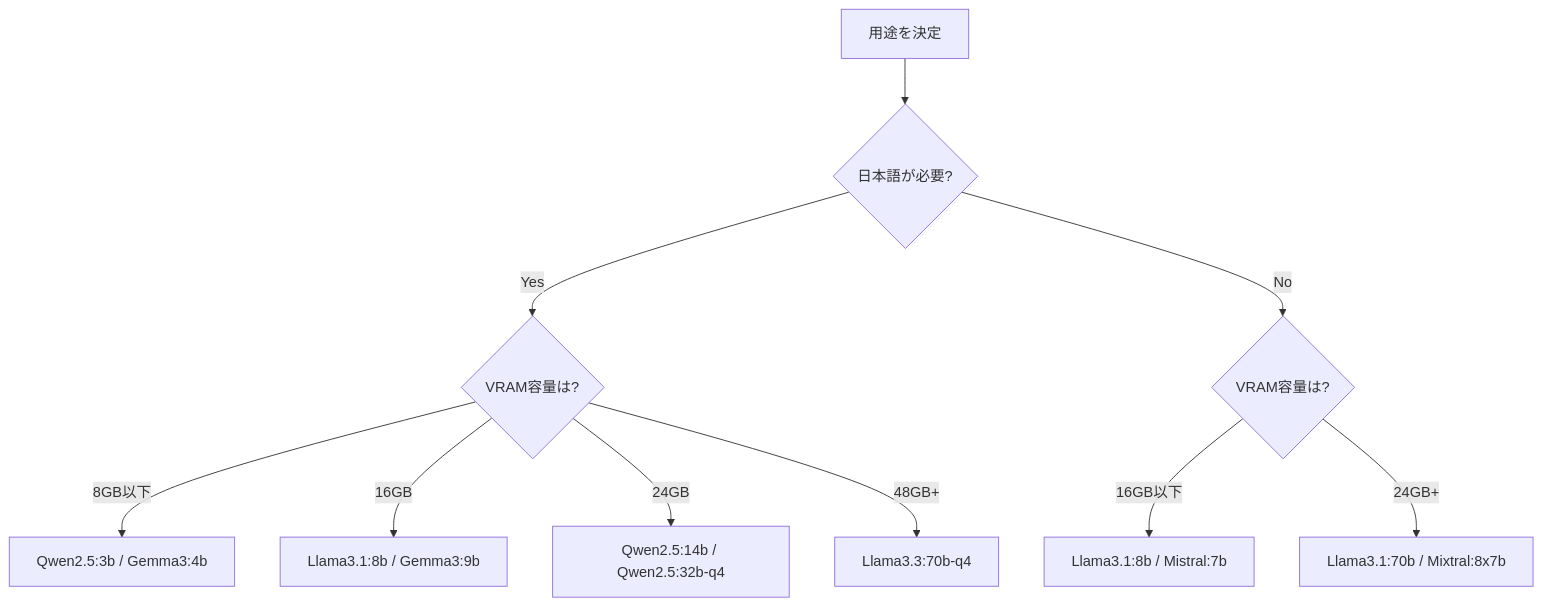
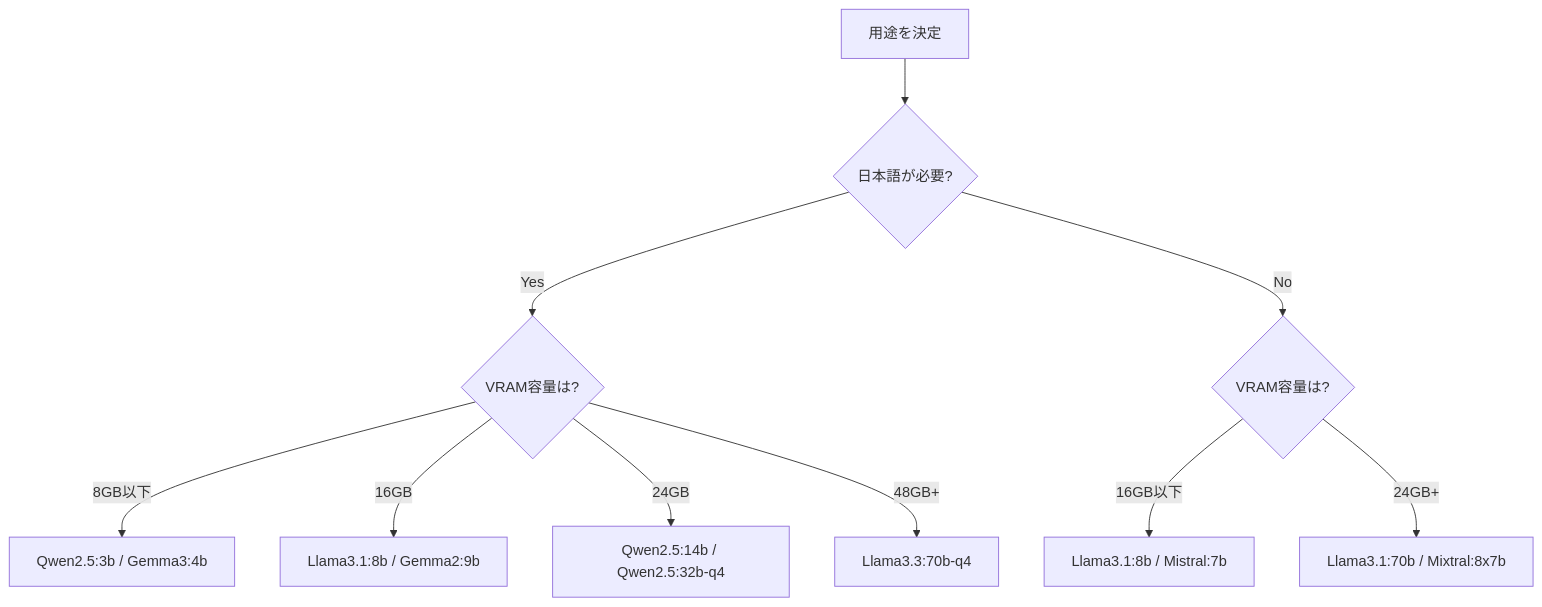
The second of 3 diagrams in articles/96b758789bcc95.md (0h-n0/zenn-contents), drawn with Mermaid before and after one commit. The commit also changed other lines of this file, not shown here.

````diff
--- a/articles/96b758789bcc95.md
+++ b/articles/96b758789bcc95.md
@@ -483,12 +486,12 @@
 ```mermaid
 flowchart TD
     Start[用途を決定] --> Q1{日本語が必要?}
     Q1 -->|Yes| Q2{VRAM容量は?}
     Q1 -->|No| Q3{VRAM容量は?}
     Q2 -->|8GB以下| M1[Qwen2.5:3b / Gemma3:4b]
-    Q2 -->|16GB| M2[Llama3.1:8b / Gemma3:9b]
+    Q2 -->|16GB| M2[Llama3.1:8b / Gemma2:9b]
     Q2 -->|24GB| M3[Qwen2.5:14b / Qwen2.5:32b-q4]
     Q2 -->|48GB+| M4[Llama3.3:70b-q4]
     Q3 -->|16GB以下| M5[Llama3.1:8b / Mistral:7b]
     Q3 -->|24GB+| M6[Llama3.1:70b / Mixtral:8x7b]
 ```
````
